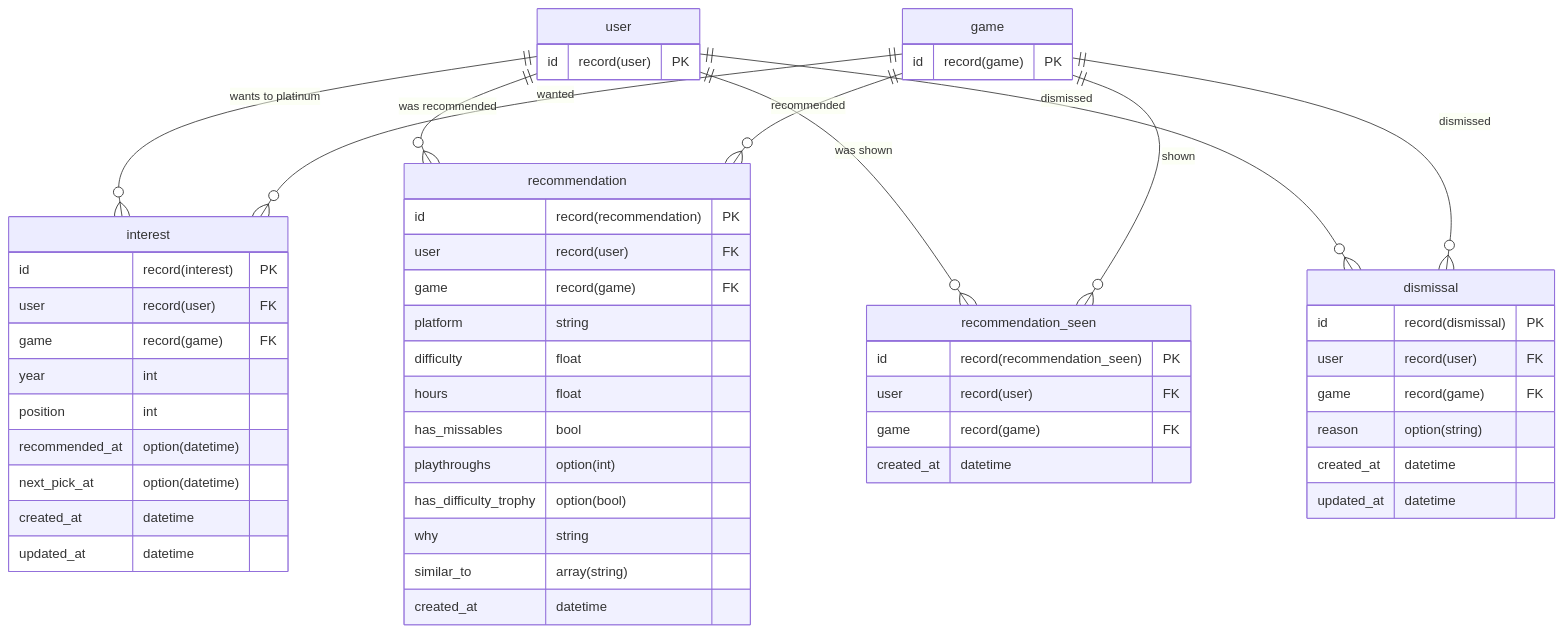
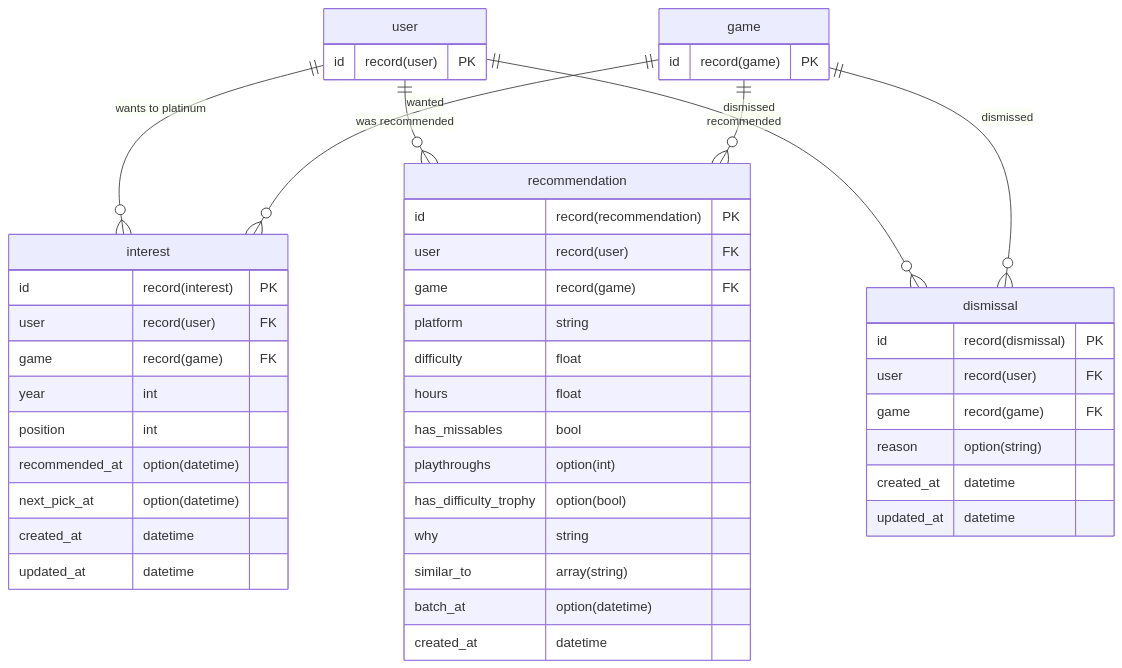
Before and after one commit to renatoaug/platjourney: the second of 5 diagrams in docs/database.md, drawn with Mermaid. The commit also changed other lines of this file and 9 other files, not shown here.

Commit message:
refactor(recommendations): keep every batch in recommendation instead of a separate seen table

````diff
--- a/docs/database.md
+++ b/docs/database.md
@@ -106,56 +106,49 @@
 ```mermaid
 erDiagram
     user ||--o{ interest : "wants to platinum"
     game ||--o{ interest : "wanted"
     user ||--o{ recommendation : "was recommended"
     game ||--o{ recommendation : "recommended"
-    user ||--o{ recommendation_seen : "was shown"
-    game ||--o{ recommendation_seen : "shown"
     user ||--o{ dismissal : "dismissed"
     game ||--o{ dismissal : "dismissed"
     interest {
         id record(interest) PK
         user record(user) FK
         game record(game) FK
         year int
         position int
         recommended_at option(datetime)
         next_pick_at option(datetime)
         created_at datetime
         updated_at datetime
     }
     recommendation {
         id record(recommendation) PK
         user record(user) FK
         game record(game) FK
         platform string
         difficulty float
         hours float
         has_missables bool
         playthroughs option(int)
         has_difficulty_trophy option(bool)
         why string
         similar_to array(string)
-        created_at datetime
-    }
-    recommendation_seen {
-        id record(recommendation_seen) PK
-        user record(user) FK
-        game record(game) FK
+        batch_at option(datetime)
         created_at datetime
     }
     dismissal {
         id record(dismissal) PK
         user record(user) FK
         game record(game) FK
         reason option(string)
         created_at datetime
         updated_at datetime
     }
     user {
         id record(user) PK
     }
     game {
         id record(game) PK
     }
 ```
````
